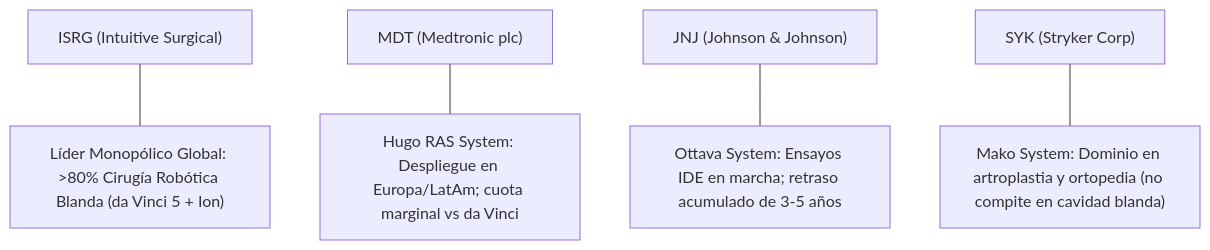
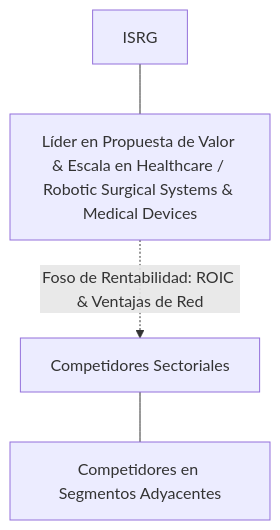
Before and after one commit to poolvc-dev/finance-cqv-find: the first of 2 diagrams in inform/cqv_v5/ISRG_2026_P2_CQVv5.md, drawn with Mermaid. The commit also changed other lines of this file and 159 other files, not shown here.

````diff
--- a/inform/cqv_v5/ISRG_2026_P2_CQVv5.md
+++ b/inform/cqv_v5/ISRG_2026_P2_CQVv5.md
@@ -107,7 +87,7 @@
 ```mermaid
 graph TD
-    Sub1["ISRG (Intuitive Surgical)"] --- Leader1["Líder Monopólico Global: >80% Cirugía Robótica Blanda (da Vinci 5 + Ion)"]
-    Sub2["MDT (Medtronic plc)"] --- Leader2["Hugo RAS System: Despliegue en Europa/LatAm; cuota marginal vs da Vinci"]
-    Sub3["JNJ (Johnson & Johnson)"] --- Leader3["Ottava System: Ensayos IDE en marcha; retraso acumulado de 3-5 años"]
-    Sub4["SYK (Stryker Corp)"] --- Leader4["Mako System: Dominio en artroplastia y ortopedia (no compite en cavidad blanda)"]
+    Sub1["ISRG"] --- Leader1["Líder en Propuesta de Valor & Escala en Healthcare / Robotic Surgical Systems & Medical Devices"]
+    Sub2["Competidores Sectoriales"] --- Leader2["Competidores en Segmentos Adyacentes"]
+
+    Leader1 -.->|Foso de Rentabilidad: ROIC & Ventajas de Red| Sub2
 ```
````
